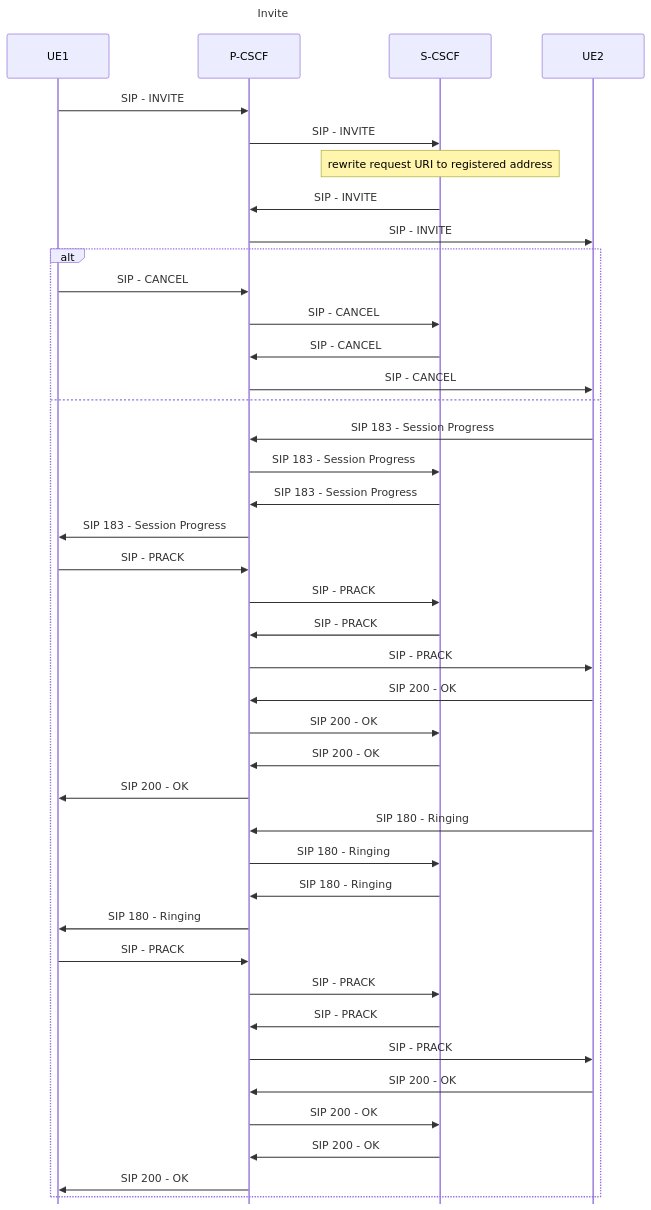
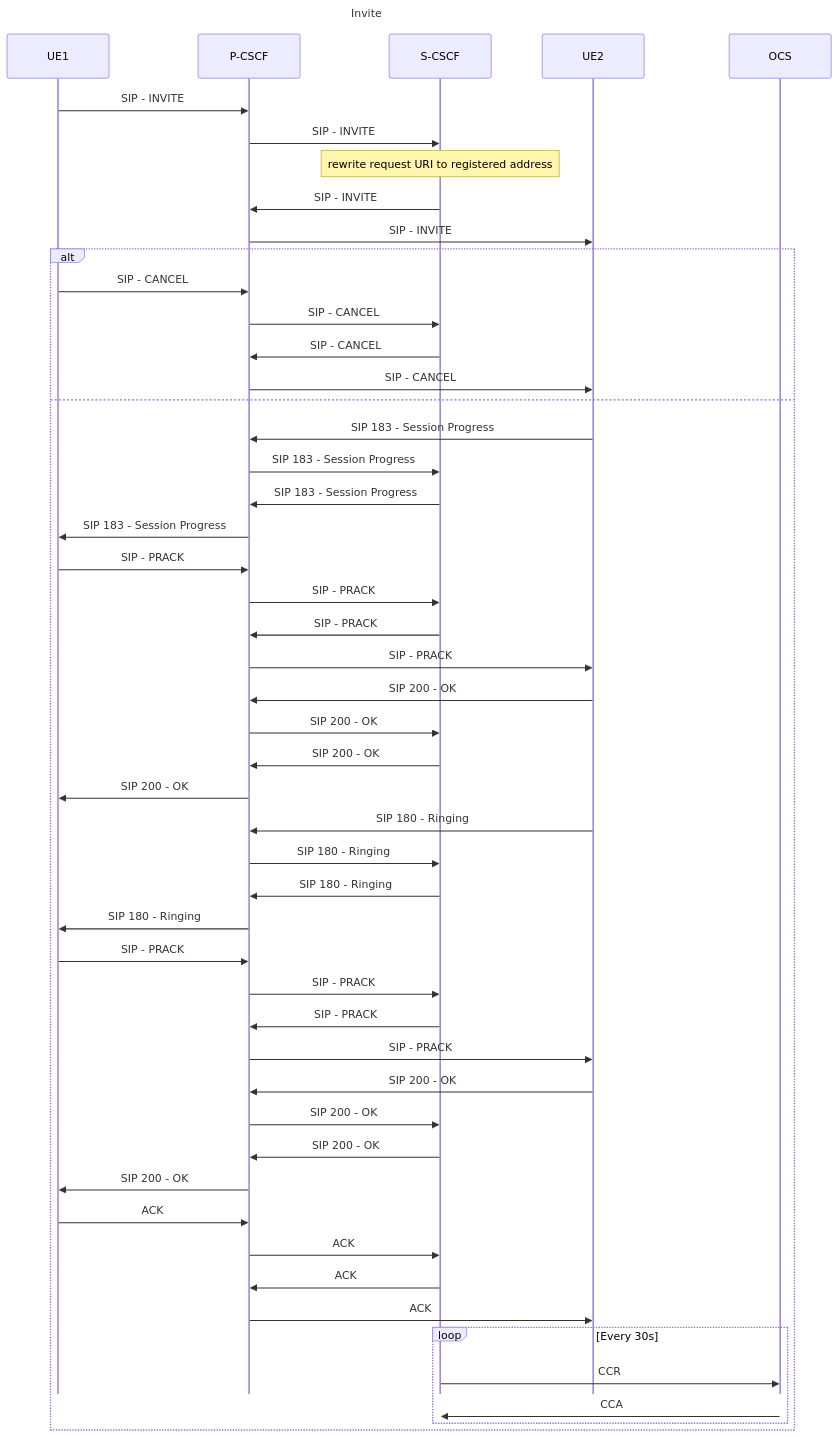
One commit to lyatanski/ims changed the diagram in doc/invite.md. Above: the diagram before and after it, drawn with Mermaid. The commit also changed 4 other files, not shown here.

````diff
--- a/doc/invite.md
+++ b/doc/invite.md
@@ -1,44 +1,54 @@
 ```mermaid
 ---
 title: Invite
 config:
   mirrorActors: false
 ---
 sequenceDiagram
     UE1->>P-CSCF: SIP - INVITE
     P-CSCF->>S-CSCF: SIP - INVITE
     Note over S-CSCF: rewrite request URI to registered address
     S-CSCF->>P-CSCF: SIP - INVITE
     P-CSCF->>UE2: SIP - INVITE
     alt
         UE1->>P-CSCF: SIP - CANCEL
         P-CSCF->>S-CSCF: SIP - CANCEL
         S-CSCF->>P-CSCF: SIP - CANCEL
         P-CSCF->>UE2: SIP - CANCEL
     else
         UE2->>P-CSCF: SIP 183 - Session Progress
         P-CSCF->>S-CSCF: SIP 183 - Session Progress
         S-CSCF->>P-CSCF: SIP 183 - Session Progress
         P-CSCF->>UE1: SIP 183 - Session Progress
         UE1->>P-CSCF: SIP - PRACK
         P-CSCF->>S-CSCF: SIP - PRACK
         S-CSCF->>P-CSCF: SIP - PRACK
         P-CSCF->>UE2: SIP - PRACK
         UE2->>P-CSCF: SIP 200 - OK
         P-CSCF->>S-CSCF: SIP 200 - OK
         S-CSCF->>P-CSCF: SIP 200 - OK
         P-CSCF->>UE1: SIP 200 - OK
         UE2->>P-CSCF: SIP 180 - Ringing
         P-CSCF->>S-CSCF: SIP 180 - Ringing
         S-CSCF->>P-CSCF: SIP 180 - Ringing
         P-CSCF->>UE1: SIP 180 - Ringing
         UE1->>P-CSCF: SIP - PRACK
         P-CSCF->>S-CSCF: SIP - PRACK
         S-CSCF->>P-CSCF: SIP - PRACK
         P-CSCF->>UE2: SIP - PRACK
         UE2->>P-CSCF: SIP 200 - OK
         P-CSCF->>S-CSCF: SIP 200 - OK
         S-CSCF->>P-CSCF: SIP 200 - OK
         P-CSCF->>UE1: SIP 200 - OK
+        UE1->>P-CSCF: ACK
+        P-CSCF->>S-CSCF: ACK
+        S-CSCF->>P-CSCF: ACK
+        P-CSCF->>UE2: ACK
+        create participant OCS
+        loop Every 30s
+            S-CSCF->>OCS: CCR
+            OCS->>S-CSCF: CCA
+        end
+        destroy OCS
     end
 ```
````
